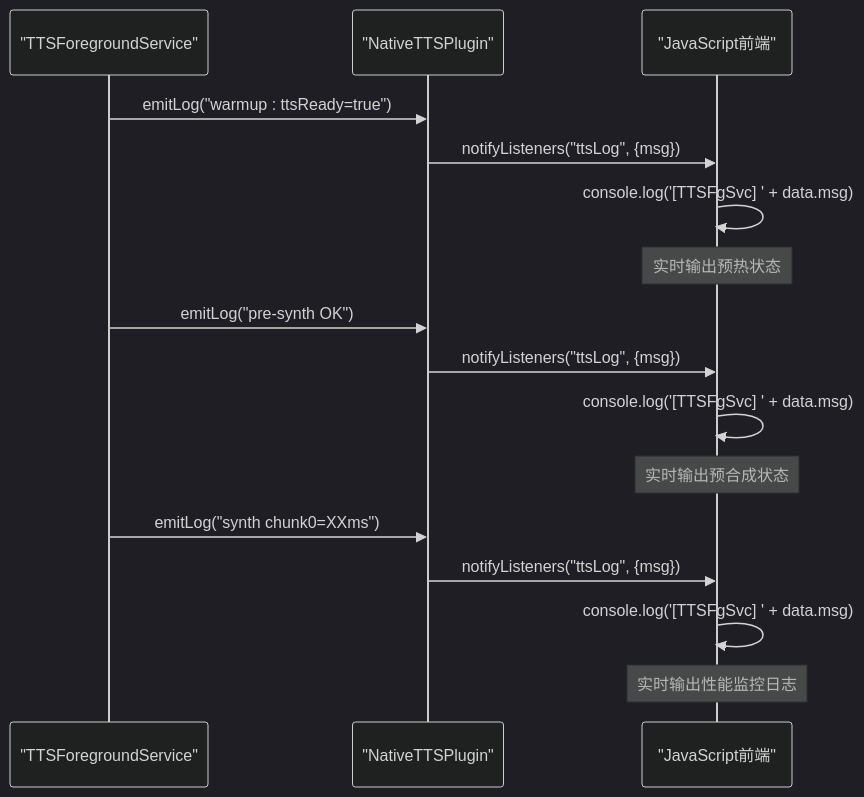
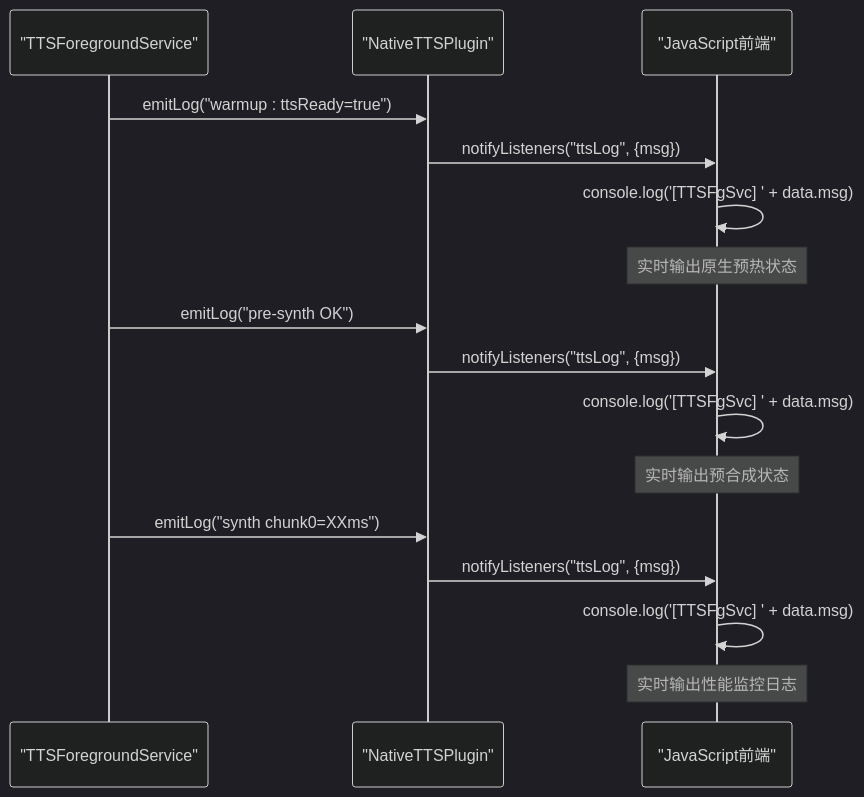
Before and after one commit to zhao-zg/cx: the ninth of 11 diagrams in .qoder/repowiki/zh/content/移动应用开发/移动应用开发.md, drawn with Mermaid (dark theme). The commit also changed other lines of this file and 30 other files, not shown here.

````diff
--- a/.qoder/repowiki/zh/content/移动应用开发/移动应用开发.md
+++ b/.qoder/repowiki/zh/content/移动应用开发/移动应用开发.md
@@ -481,18 +489,18 @@
 ```mermaid
 sequenceDiagram
 participant S as "TTSForegroundService"
 participant P as "NativeTTSPlugin"
 participant J as "JavaScript前端"
 S->>P : emitLog("warmup : ttsReady=true")
 P->>J : notifyListeners("ttsLog", {msg})
 J->>J : console.log('[TTSFgSvc] ' + data.msg)
-Note over J : 实时输出预热状态
+Note over J : 实时输出原生预热状态
 S->>P : emitLog("pre-synth OK")
 P->>J : notifyListeners("ttsLog", {msg})
 J->>J : console.log('[TTSFgSvc] ' + data.msg)
 Note over J : 实时输出预合成状态
 S->>P : emitLog("synth chunk0=XXms")
 P->>J : notifyListeners("ttsLog", {msg})
 J->>J : console.log('[TTSFgSvc] ' + data.msg)
 Note over J : 实时输出性能监控日志
 ```
````
